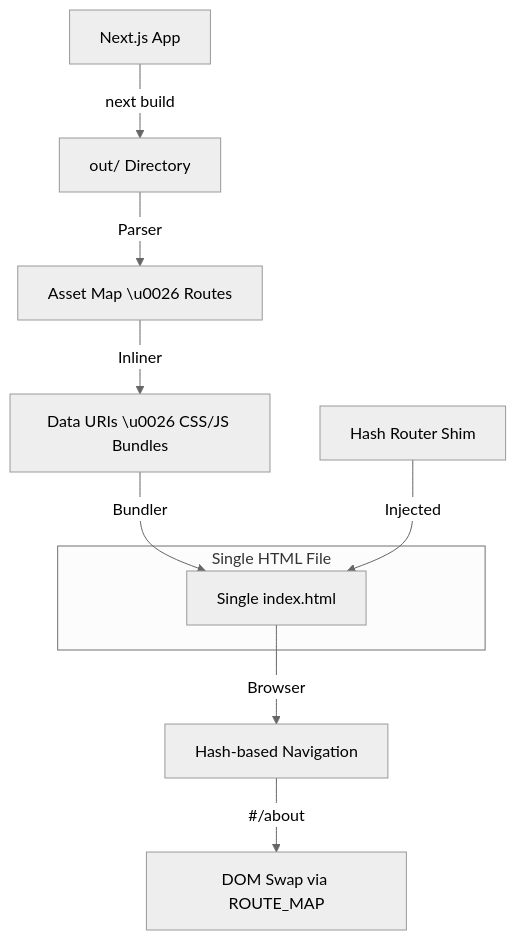
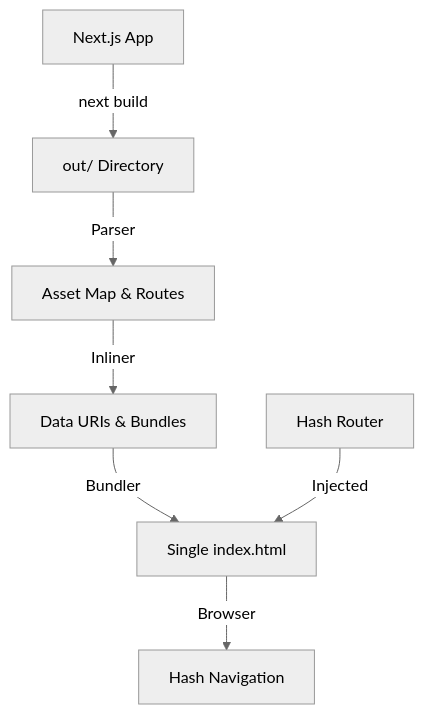
Before and after one commit to simples-tools/next-single-file: the diagram in README.md, drawn with Mermaid (neutral theme). The commit also changed other lines of this file and 3 other files, not shown here.

````diff
--- a/README.md
+++ b/README.md
@@ -10,15 +14,9 @@
 ```mermaid
 graph TD
     A[Next.js App] -->|next build| B[out/ Directory]
-    B -->|Parser| C[Asset Map \u0026 Routes]
-    C -->|Inliner| D[Data URIs \u0026 CSS/JS Bundles]
+    B -->|Parser| C[Asset Map & Routes]
+    C -->|Inliner| D[Data URIs & Bundles]
     D -->|Bundler| E[Single index.html]
-    F[Hash Router Shim] -->|Injected| E
-    
-    subgraph "Single HTML File"
-    E
-    end
-    
-    E -->|Browser| G[Hash-based Navigation]
-    G -->|#/about| H[DOM Swap via ROUTE_MAP]
+    F[Hash Router] -->|Injected| E
+    E -->|Browser| G[Hash Navigation]
 ```
````
